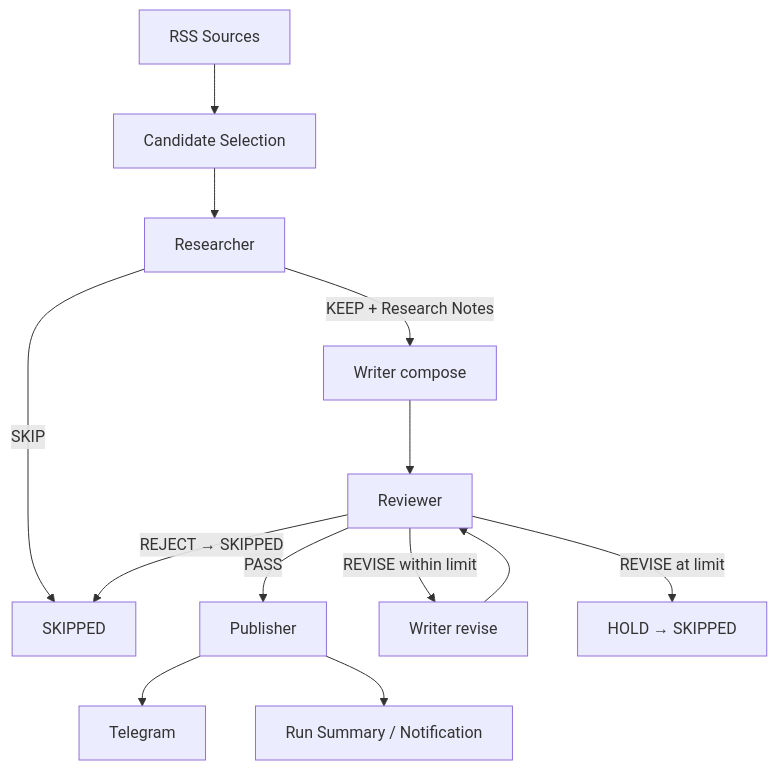
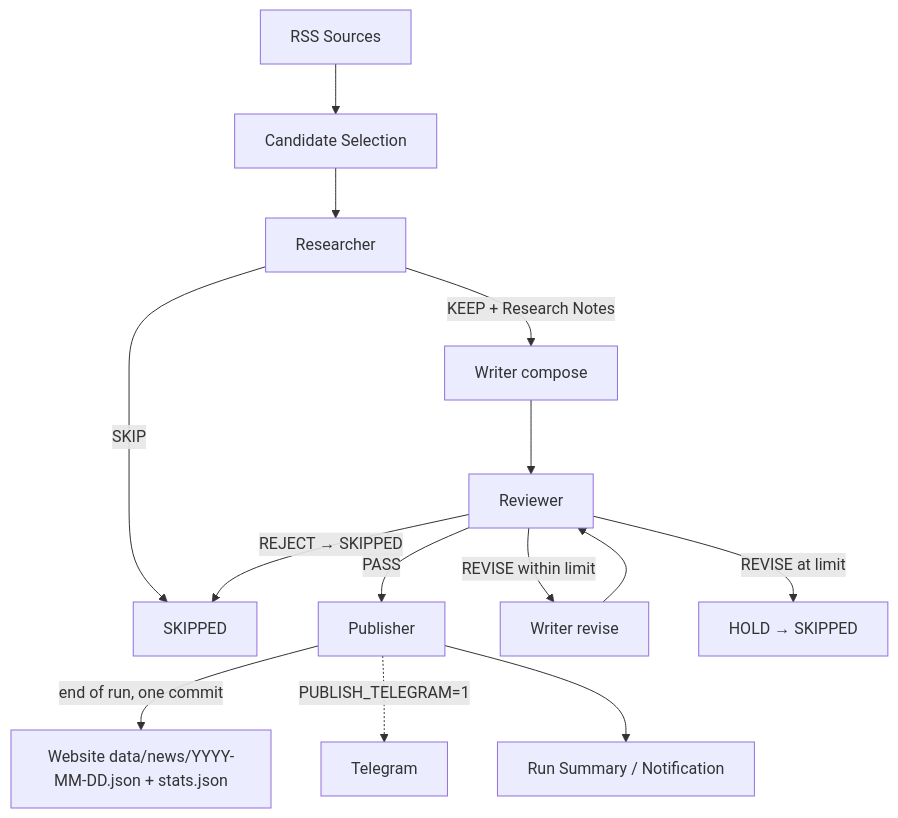
One commit to MartinKuai/chip-news-ai-workflow changed the diagram in README.en.md. Above: the diagram before and after it, drawn with Mermaid. The commit also changed other lines of this file and 3 other files, not shown here.

First line of the commit message:
docs: document website publishing, SITE_REPO_TOKEN and the Telegram switch

````diff
--- a/README.en.md
+++ b/README.en.md
@@ -15,15 +15,16 @@
 ```mermaid
 flowchart TD
     A[RSS Sources] --> B[Candidate Selection]
     B --> C[Researcher]
     C -->|SKIP| Z[SKIPPED]
     C -->|KEEP + Research Notes| D[Writer compose]
     D --> E[Reviewer]
     E -->|PASS| F[Publisher]
     E -->|REVISE within limit| G[Writer revise]
     G --> E
     E -->|REVISE at limit| H[HOLD → SKIPPED]
     E -->|REJECT → SKIPPED| Z
-    F --> I[Telegram]
+    F -->|end of run, one commit| W[Website data/news/YYYY-MM-DD.json + stats.json]
+    F -.->|PUBLISH_TELEGRAM=1| I[Telegram]
     F --> J[Run Summary / Notification]
 ```
````
